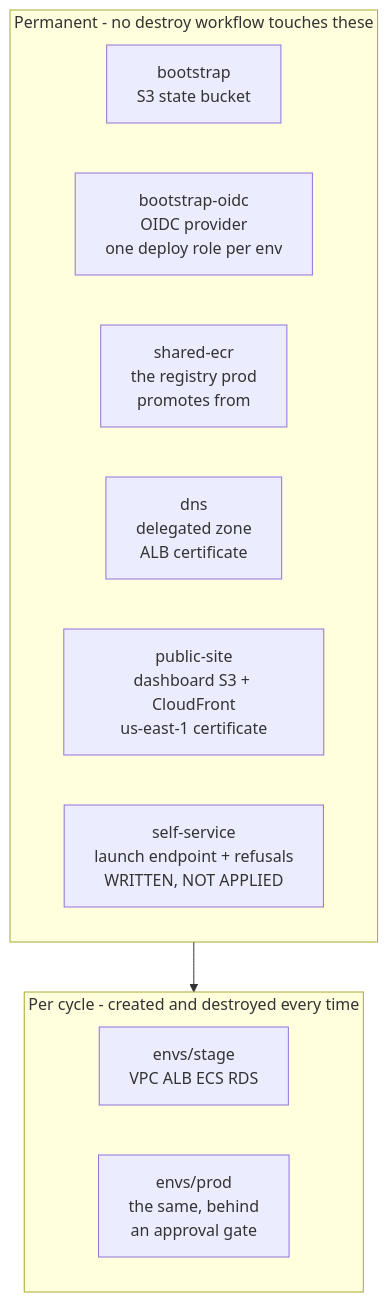
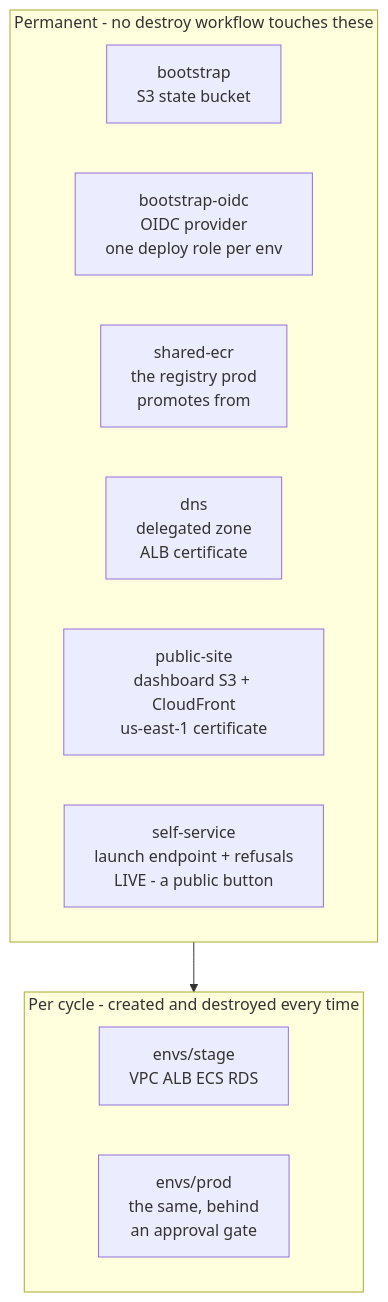
Before and after one commit to UVE-QA/aws-devops-sdet-demo: the second of 3 diagrams in docs/architecture.md, drawn with Mermaid. The commit also changed other lines of this file and 4 other files, not shown here.

````diff
--- a/docs/architecture.md
+++ b/docs/architecture.md
@@ -65,18 +66,18 @@
 ```mermaid
 flowchart TB
   subgraph P[Permanent - no destroy workflow touches these]
     direction LR
     b[bootstrap<br/>S3 state bucket]
     o[bootstrap-oidc<br/>OIDC provider<br/>one deploy role per env]
     e[shared-ecr<br/>the registry prod<br/>promotes from]
     d[dns<br/>delegated zone<br/>ALB certificate]
     s[public-site<br/>dashboard S3 + CloudFront<br/>us-east-1 certificate]
-    ss[self-service<br/>launch endpoint + refusals<br/>WRITTEN, NOT APPLIED]
+    ss[self-service<br/>launch endpoint + refusals<br/>LIVE - a public button]
   end
   subgraph C[Per cycle - created and destroyed every time]
     direction LR
     st[envs/stage<br/>VPC ALB ECS RDS]
     pr[envs/prod<br/>the same, behind<br/>an approval gate]
   end
   P --> C
 ```
````
